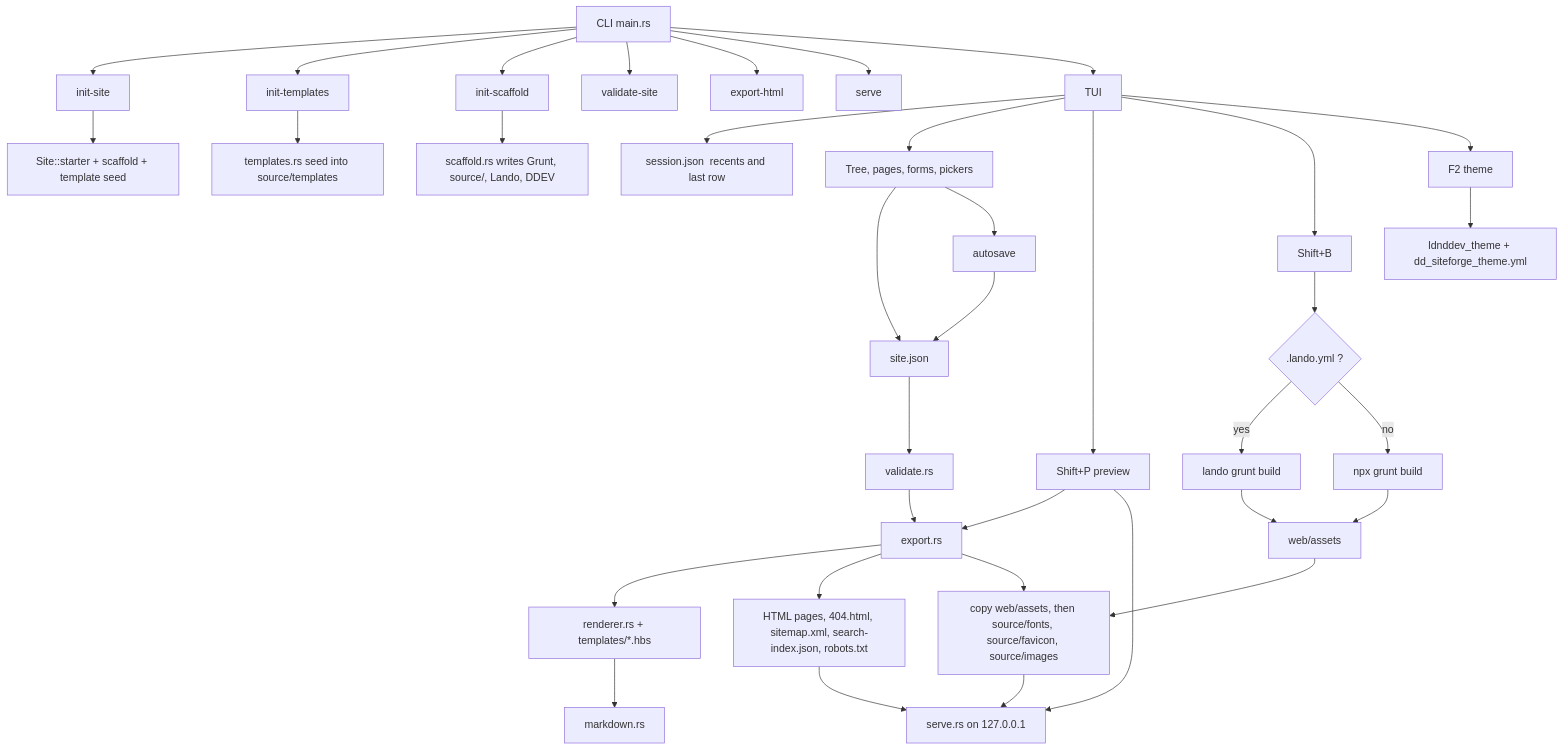
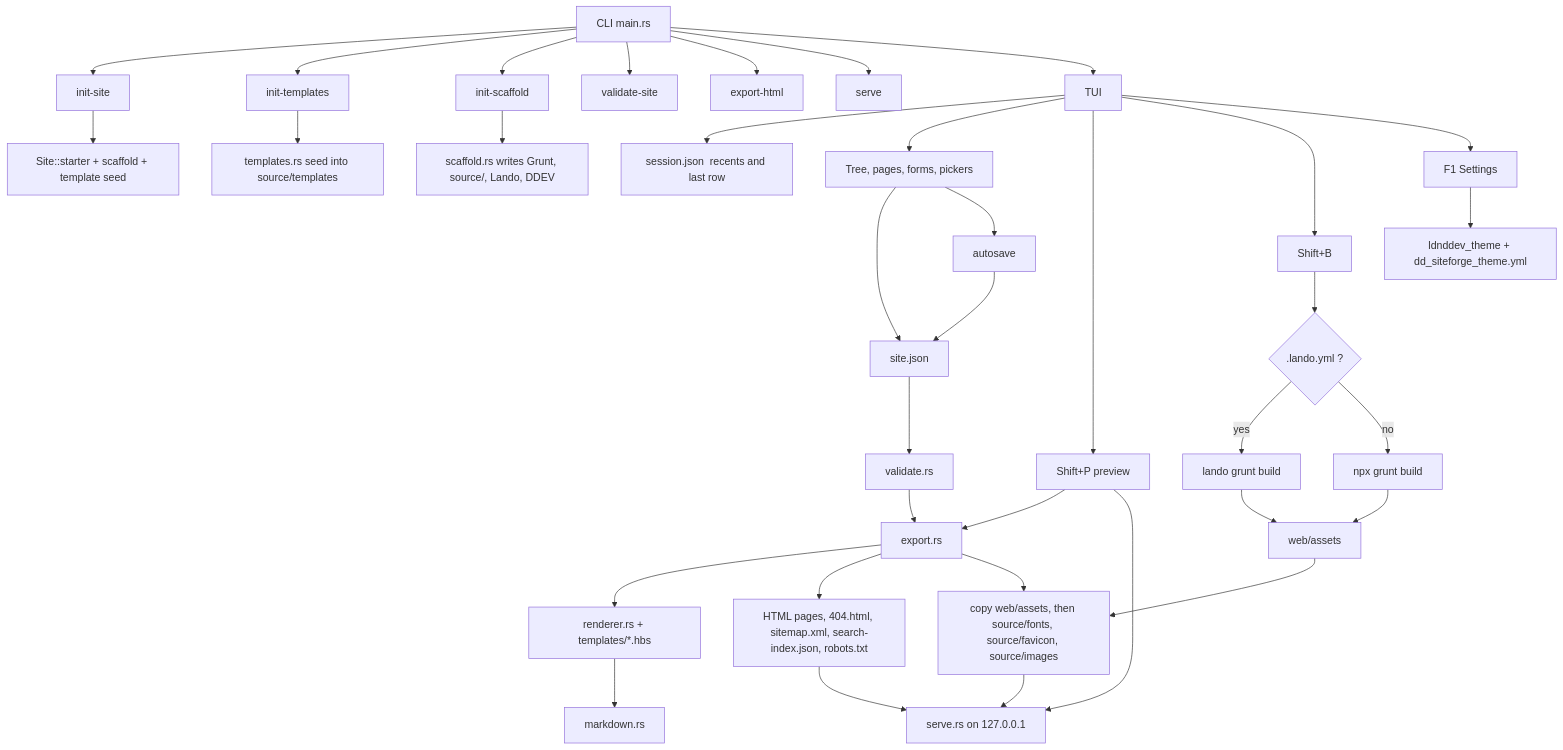
One commit to ldnddev/dd_siteforge changed the second of 2 diagrams in README.md. Above: the diagram before and after it, drawn with Mermaid. The commit also changed other lines of this file and 36 other files, not shown here.

````diff
--- a/README.md
+++ b/README.md
@@ -235,45 +242,45 @@
 ```mermaid
 flowchart TD
   cli["CLI  main.rs"]
   cli --> initsite["init-site"]
   cli --> inittpl["init-templates"]
   cli --> initscaf["init-scaffold"]
   cli --> validatecmd["validate-site"]
   cli --> exportcmd["export-html"]
   cli --> servecmd["serve"]
   cli --> tuiapp["TUI"]
 
   initsite --> starter["Site::starter + scaffold + template seed"]
   inittpl --> tplseed["templates.rs seed into source/templates"]
   initscaf --> kit["scaffold.rs writes Grunt, source/, Lando, DDEV"]
 
   tuiapp --> session["session.json  recents and last row"]
   tuiapp --> edit["Tree, pages, forms, pickers"]
   edit --> sitejson["site.json"]
   edit --> autosave["autosave"]
   autosave --> sitejson
 
   sitejson --> validate["validate.rs"]
   validate --> export["export.rs"]
   export --> render["renderer.rs + templates/*.hbs"]
   render --> md["markdown.rs"]
   export --> files["HTML pages, 404.html, sitemap.xml, search-index.json, robots.txt"]
   export --> assets["copy web/assets, then source/fonts, source/favicon, source/images"]
 
   tuiapp --> preview["Shift+P preview"]
   preview --> export
   preview --> http["serve.rs on 127.0.0.1"]
   files --> http
   assets --> http
 
   tuiapp --> grunt["Shift+B"]
   grunt --> lando{" .lando.yml ?"}
   lando -->|yes| landocmd["lando grunt build"]
   lando -->|no| npxcmd["npx grunt build"]
   landocmd --> webassets["web/assets"]
   npxcmd --> webassets
   webassets --> assets
 
-  tuiapp --> theme["F2 theme"]
+  tuiapp --> theme["F1 Settings"]
   theme --> themecrate["ldnddev_theme + dd_siteforge_theme.yml"]
 ```
````
